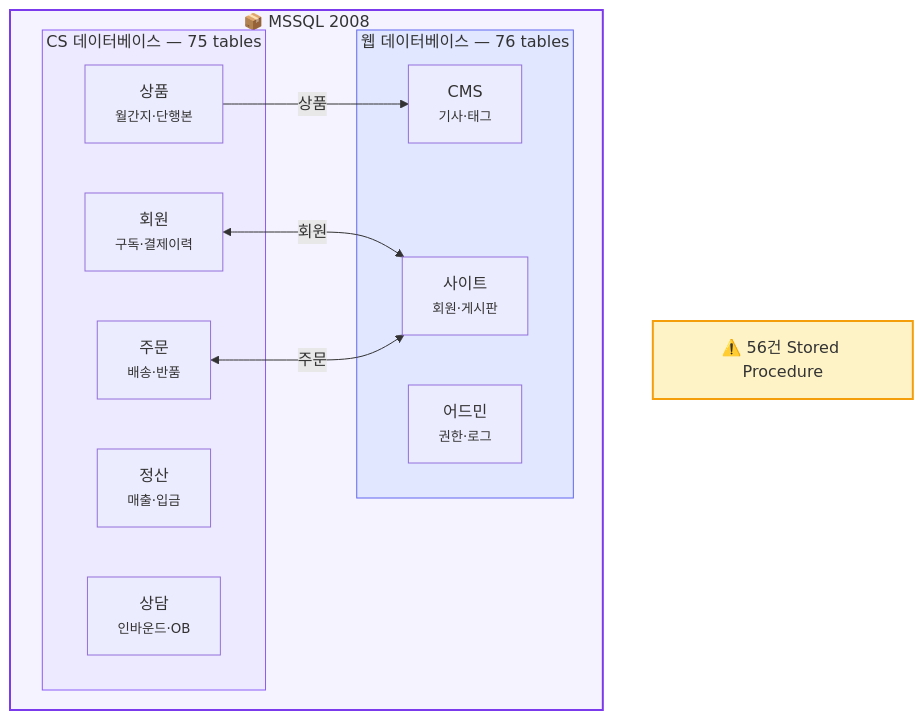
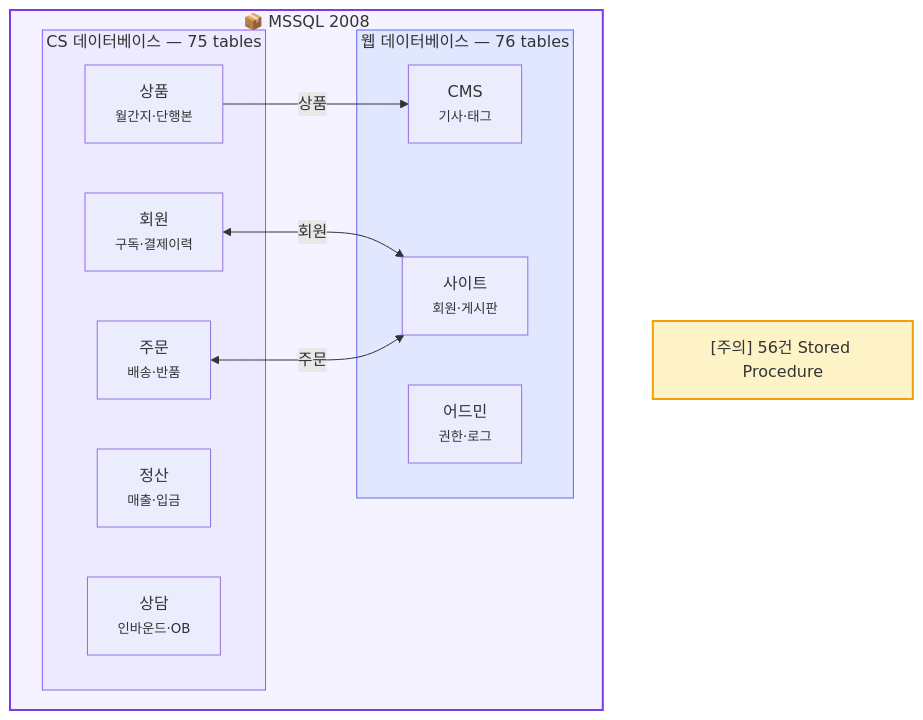
Before and after one commit to sknkwoxs/manual-book: the eighth of 8 diagrams in src/content/docs/goodthinking-isp/02-analysis/entity-map.md, drawn with Mermaid. The commit also changed other lines of this file and 38 other files, not shown here.

````diff
--- a/src/content/docs/goodthinking-isp/02-analysis/entity-map.md
+++ b/src/content/docs/goodthinking-isp/02-analysis/entity-map.md
@@ -391,28 +391,28 @@
 ```mermaid
 flowchart TB
     subgraph DB["📦 MSSQL 2008"]
         subgraph CS_DB["CS 데이터베이스 — 75 tables"]
             T_MEM["회원<br/><small>구독·결제이력</small>"]
             T_ORD["주문<br/><small>배송·반품</small>"]
             T_PRD["상품<br/><small>월간지·단행본</small>"]
             T_FIN["정산<br/><small>매출·입금</small>"]
             T_CS["상담<br/><small>인바운드·OB</small>"]
         end
         subgraph WEB_DB["웹 데이터베이스 — 76 tables"]
             T_CMS["CMS<br/><small>기사·태그</small>"]
             T_SITE["사이트<br/><small>회원·게시판</small>"]
             T_ADMIN["어드민<br/><small>권한·로그</small>"]
         end
     end
 
     T_MEM <-->|"회원"| T_SITE
     T_ORD <-->|"주문"| T_SITE
     T_PRD -->|"상품"| T_CMS
 
-    NOTE["⚠️ 56건 Stored Procedure"]
+    NOTE["[주의] 56건 Stored Procedure"]
 
     style DB fill:#f5f3ff,stroke:#7c3aed,stroke-width:2px
     style CS_DB fill:#ede9fe,stroke:#8b5cf6
     style WEB_DB fill:#e0e7ff,stroke:#6366f1
     style NOTE fill:#fef3c7,stroke:#f59e0b,stroke-width:2px
 ```
````
